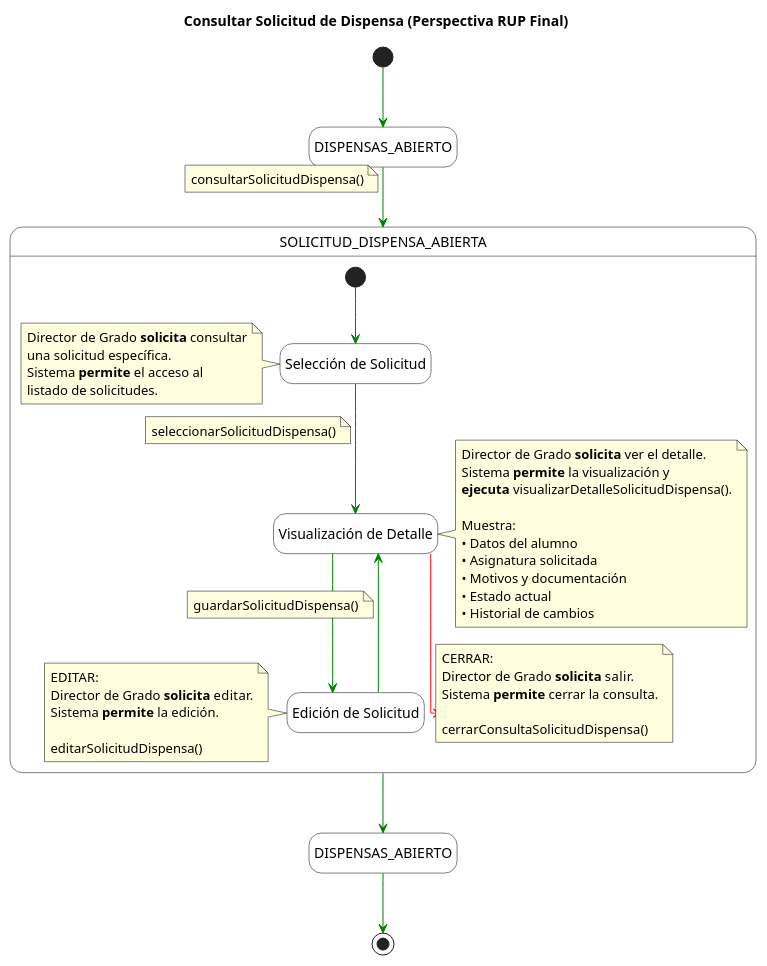
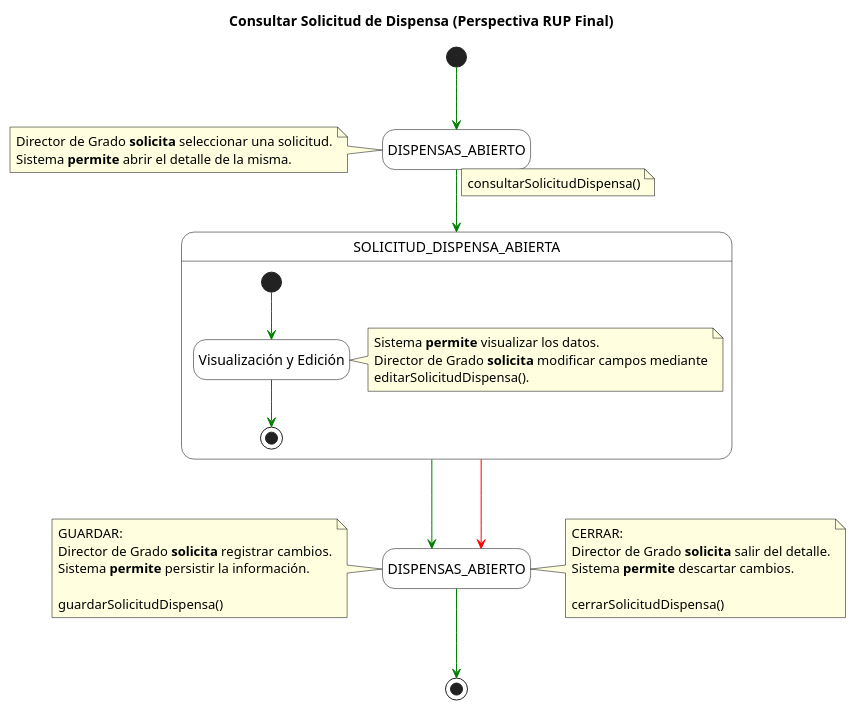
One commit to enmabry/25-26-IdSw1-SdR changed the diagram in documents/CasosDeUso/DetalladoCasosDeUso/DirectorDeGrado/ConsultarSolicitudesDispensas.puml. Above: the diagram before and after it, drawn with PlantUML. The commit also changed 1 other file, not shown here.

Commit message:
Mejora Final Detallado CdU ConsultarSolicitudDispensa

```diff
--- a/documents/CasosDeUso/DetalladoCasosDeUso/DirectorDeGrado/ConsultarSolicitudesDispensas.puml
+++ b/documents/CasosDeUso/DetalladoCasosDeUso/DirectorDeGrado/ConsultarSolicitudesDispensas.puml
@@ -1,85 +1,63 @@
 @startuml
 title Consultar Solicitud de Dispensa (Perspectiva RUP Final)
 
 skinparam {
     StateBackgroundColor white
     StateBorderColor black
     NoteBackgroundColor lightyellow
     NoteBorderColor black
     ArrowColor green
     linetype ortho
 }
 
 hide empty description
 
 state "DISPENSAS_ABIERTO" as startState <<sdlreceive>>
 state "DISPENSAS_ABIERTO" as endState <<sdlreceive>>
 
 [*] -[#green]-> startState
 
+note left of startState
+    Director de Grado <b>solicita</b> seleccionar una solicitud.
+    Sistema <b>permite</b> abrir el detalle de la misma.
+end note
+
 startState -[#green]-> SOLICITUD_DISPENSA_ABIERTA
 note on link
     consultarSolicitudDispensa()
 end note
 
 state SOLICITUD_DISPENSA_ABIERTA {
-    [*] -[#green]-> SeleccionarSolicitud
+    [*] -[#green]-> VisualizacionYEdicion
     
-    state "Selección de Solicitud" as SeleccionarSolicitud <<sdlreceive>>
-    note left of SeleccionarSolicitud
-        Director de Grado <b>solicita</b> consultar
-        una solicitud específica.
-        Sistema <b>permite</b> el acceso al
-        listado de solicitudes.
+    state "Visualización y Edición" as VisualizacionYEdicion <<sdlreceive>>
+    note right of VisualizacionYEdicion
+        Sistema <b>permite</b> visualizar los datos.
+        Director de Grado <b>solicita</b> modificar campos mediante
+        editarSolicitudDispensa().
     end note
     
-    SeleccionarSolicitud -[#green]-> VisualizarDetalle
-    note on link
-        seleccionarSolicitudDispensa()
-    end note
-    
-    state "Visualización de Detalle" as VisualizarDetalle <<sdlreceive>>
-    note right of VisualizarDetalle
-        Director de Grado <b>solicita</b> ver el detalle.
-        Sistema <b>permite</b> la visualización y
-        <b>ejecuta</b> visualizarDetalleSolicitudDispensa().
-        
-        Muestra:
-        • Datos del alumno
-        • Asignatura solicitada
-        • Motivos y documentación
-        • Estado actual
-        • Historial de cambios
-    end note
-    
-    VisualizarDetalle -[#green]-> EditarSolicitud
-    
-    state "Edición de Solicitud" as EditarSolicitud <<sdlreceive>>
-    note left of EditarSolicitud
-        EDITAR:
-        Director de Grado <b>solicita</b> editar.
-        Sistema <b>permite</b> la edición.
-        
-        editarSolicitudDispensa()
-    end note
-    
-    EditarSolicitud -[#green]-> VisualizarDetalle
-    note on link
-        guardarSolicitudDispensa()
-    end note
-    
-    VisualizarDetalle -[#red]-> [*]
-    note on link
-        CERRAR:
-        Director de Grado <b>solicita</b> salir.
-        Sistema <b>permite</b> cerrar la consulta.
-        
-        cerrarConsultaSolicitudDispensa()
-    end note
+    VisualizacionYEdicion -[#green]-> [*]
 }
 
-SOLICITUD_DISPENSA_ABIERTA -[#green]-> endState
+SOLICITUD_DISPENSA_ABIERTA -[#green]down-> endState
+note left of endState
+    GUARDAR:
+    Director de Grado <b>solicita</b> registrar cambios.
+    Sistema <b>permite</b> persistir la información.
+    
+    guardarSolicitudDispensa()
+end note
+
+SOLICITUD_DISPENSA_ABIERTA -[#red]down-> endState
+note right of endState
+    CERRAR:
+    Director de Grado <b>solicita</b> salir del detalle.
+    Sistema <b>permite</b> descartar cambios.
+    
+    cerrarSolicitudDispensa()
+end note
 
 endState -[#green]-> [*]
 
 @enduml
```
